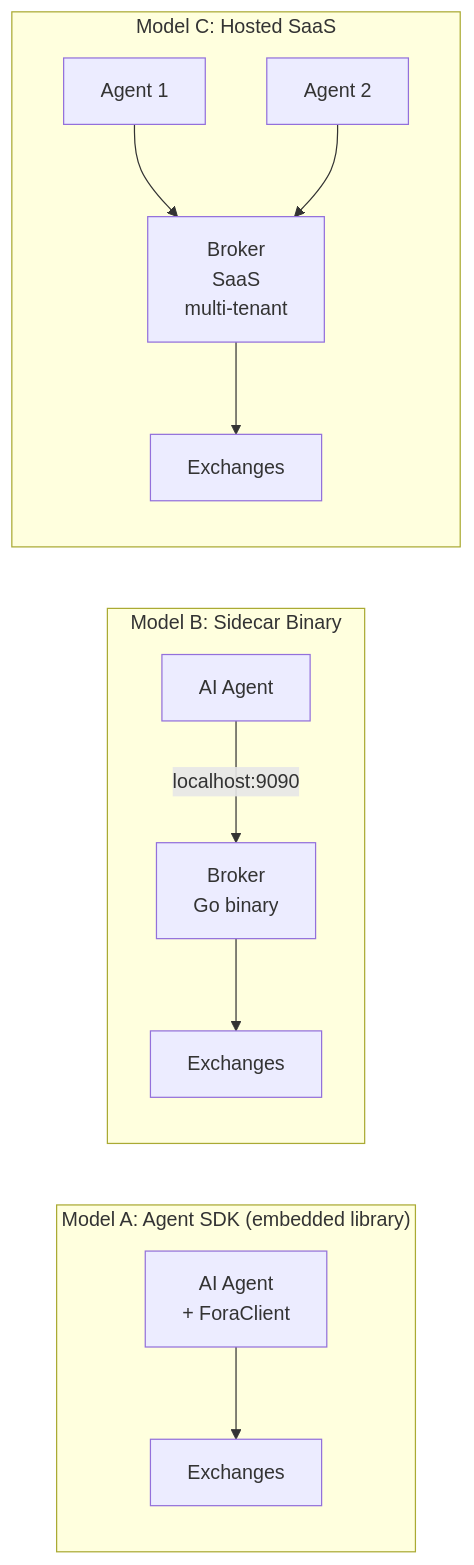
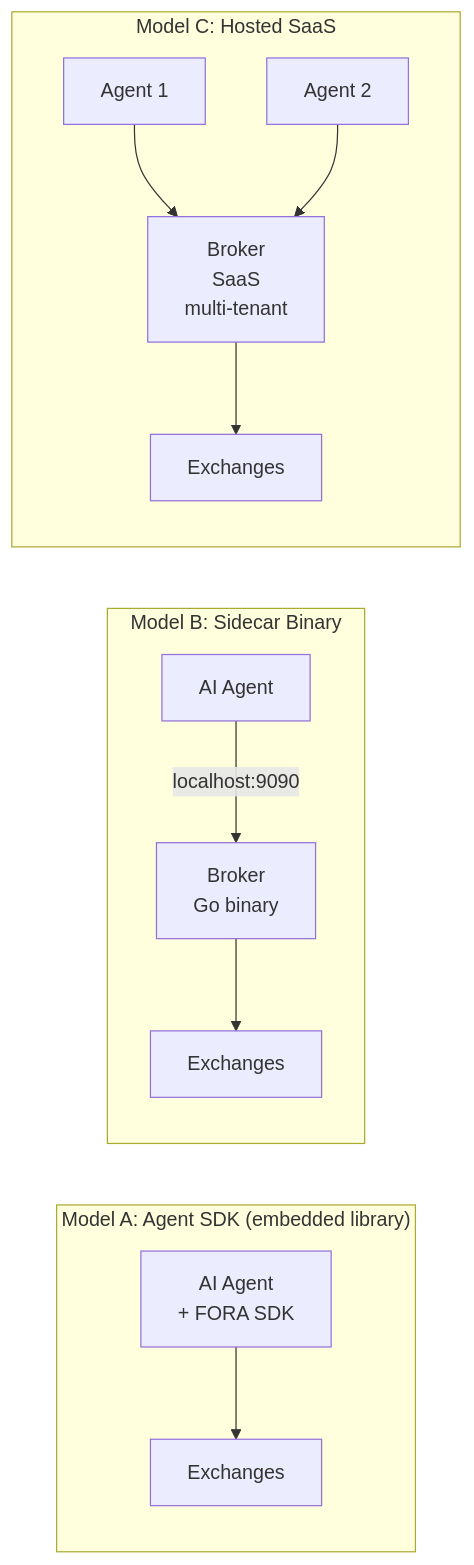
One commit to FORA-Protocol/protocol changed the first of 4 diagrams in website/src/content/docs/components/broker/deployment.mdx. Above: the diagram before and after it, drawn with Mermaid. The commit also changed 3 other files, not shown here.

````diff
--- a/website/src/content/docs/components/broker/deployment.mdx
+++ b/website/src/content/docs/components/broker/deployment.mdx
@@ -14,17 +14,17 @@
 ```mermaid
 graph LR
     subgraph "Model A: Agent SDK (embedded library)"
-        AgentSDK[AI Agent<br/>+ ForaClient] --> MPAS[Exchanges]
+        AgentSDK[AI Agent<br/>+ FORA SDK] --> MPAS[Exchanges]
     end
 
     subgraph "Model B: Sidecar Binary"
         AgentA[AI Agent] -->|localhost:9090| SidecarA[Broker<br/>Go binary]
         SidecarA --> MPA[Exchanges]
     end
 
     subgraph "Model C: Hosted SaaS"
         AgentC1[Agent 1] --> Hosted[Broker<br/>SaaS<br/>multi-tenant]
         AgentC2[Agent 2] --> Hosted
         Hosted --> MPC[Exchanges]
     end
 ```
````
